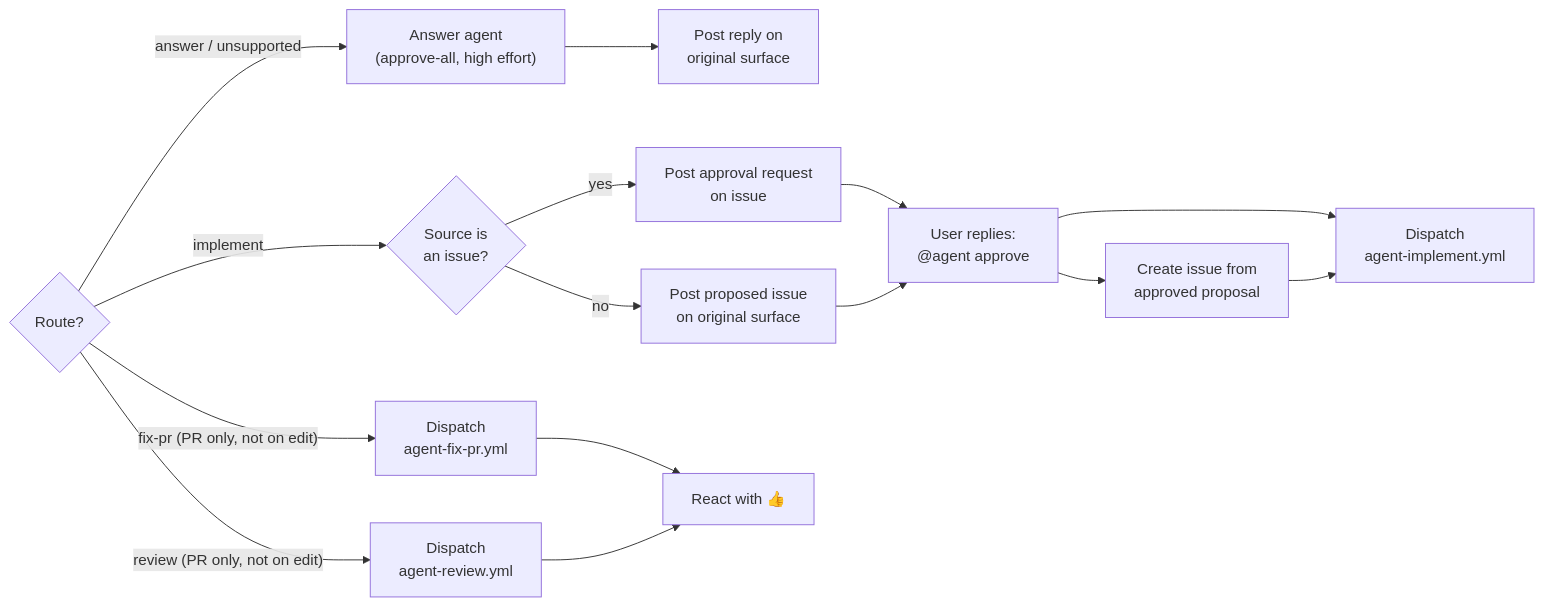
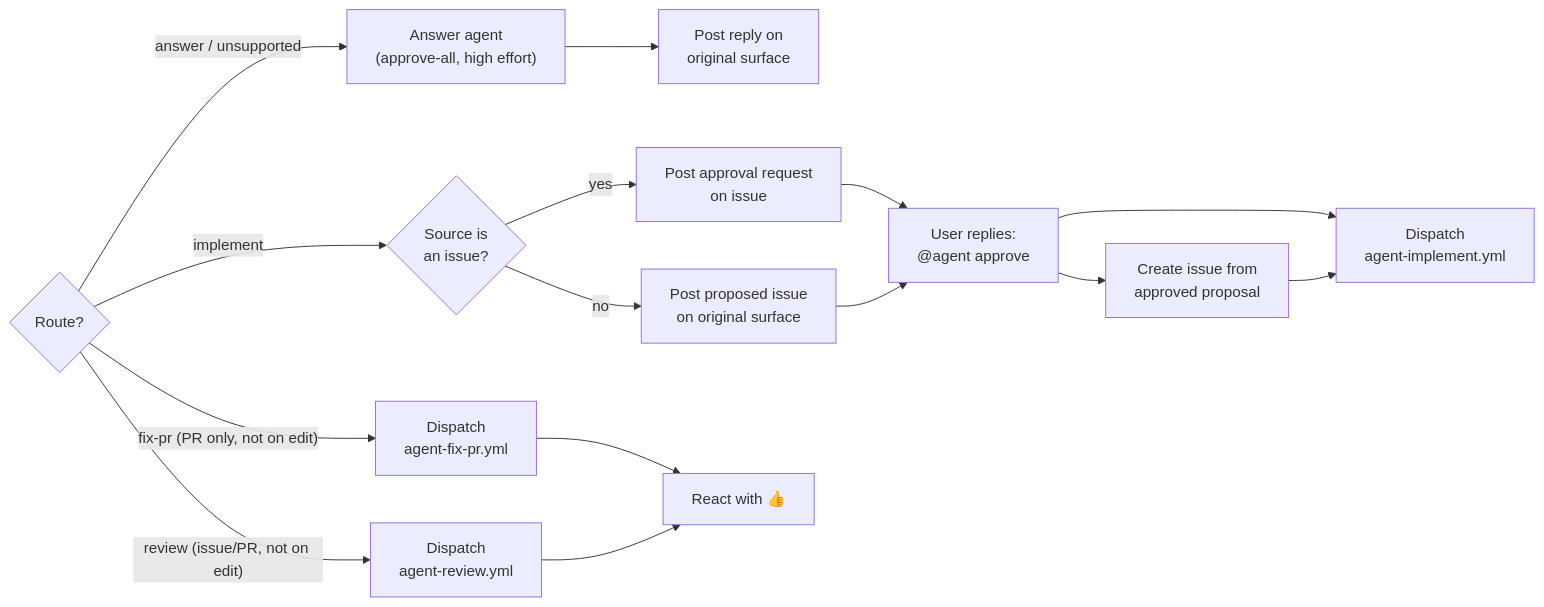
Before and after one commit to self-evolving/repo: the second of 2 diagrams in .agent/docs/architecture/overall-design.md, drawn with Mermaid. The commit also changed 2 other files, not shown here.

Commit message:
Update review wording for issue targets

````diff
--- a/.agent/docs/architecture/overall-design.md
+++ b/.agent/docs/architecture/overall-design.md
@@ -43,24 +43,24 @@
 ```mermaid
 flowchart LR
     route{Route?}
 
     answer_run["Answer agent\n(approve-all, high effort)"]
     post_answer["Post reply on\noriginal surface"]
 
     is_issue{Source is\nan issue?}
     post_approval_issue["Post approval request\non issue"]
     post_proposal["Post proposed issue\non original surface"]
     approve["User replies:\n@agent approve"]
     create_issue["Create issue from\napproved proposal"]
     dispatch_impl["Dispatch\nagent-implement.yml"]
     dispatch_fix["Dispatch\nagent-fix-pr.yml"]
     dispatch_review["Dispatch\nagent-review.yml"]
     react_thumbs["React with 👍"]
 
     route -- "answer / unsupported" --> answer_run --> post_answer
     route -- "implement" --> is_issue
     is_issue -- yes --> post_approval_issue --> approve --> dispatch_impl
     is_issue -- no --> post_proposal --> approve --> create_issue --> dispatch_impl
     route -- "fix-pr (PR only, not on edit)" --> dispatch_fix --> react_thumbs
-    route -- "review (PR only, not on edit)" --> dispatch_review --> react_thumbs
+    route -- "review (issue/PR, not on edit)" --> dispatch_review --> react_thumbs
 ```
````
